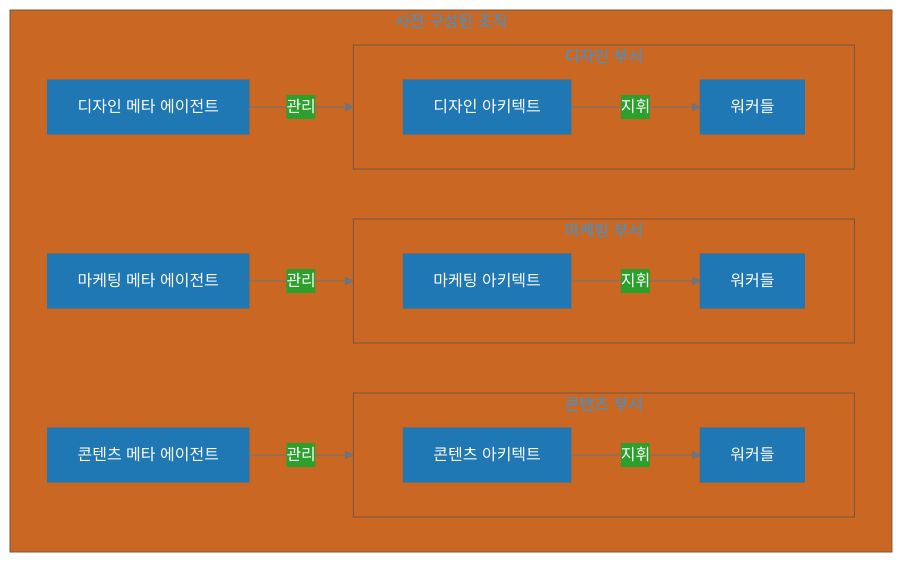
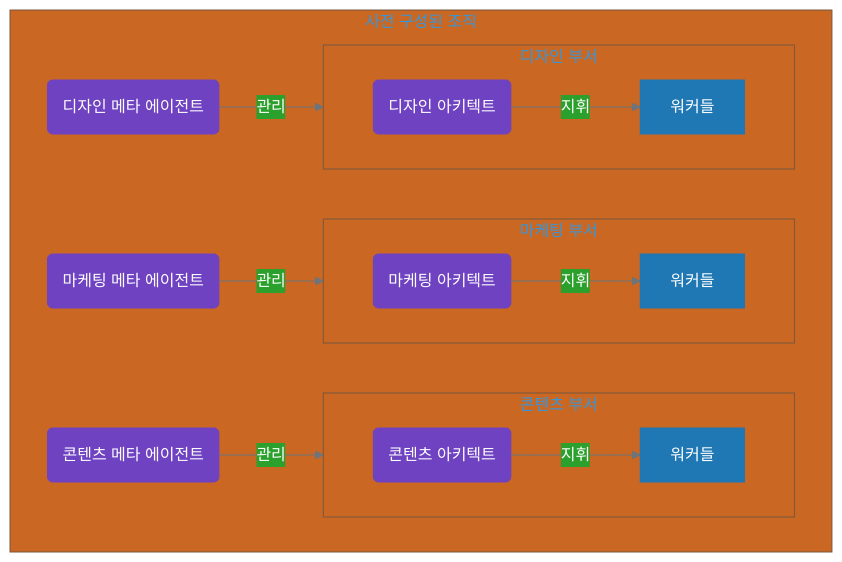
One commit to wooxist/ai-instructions changed the first of 2 diagrams in book/11-3-complex-organization.md. Above: the diagram before and after it, drawn with Mermaid. The commit also changed other lines of this file and 15 other files, not shown here.

````diff
--- a/book/11-3-complex-organization.md
+++ b/book/11-3-complex-organization.md
@@ -37,34 +37,43 @@
 ```mermaid
 %%{init: {
   'theme': 'base',
   'themeVariables': {
     'primaryColor': '#1f77b4',
     'primaryTextColor': '#ffffff',
     'primaryBorderColor': '#1f77b4',
     'lineColor': '#6c757d',
     'background': 'transparent',
     'edgeLabelBackground': '#2ca02c'
   }
 }}%%
 graph TD
     subgraph "사전 구성된 조직"
-        M1["마케팅 메타 에이전트"] -- "관리" --> Marketing_Team
-        M2["콘텐츠 메타 에이전트"] -- "관리" --> Content_Team
-        M3["디자인 메타 에이전트"] -- "관리" --> Design_Team
+        M1("마케팅 메타 에이전트") -- "관리" --> Marketing_Team
+        M2("콘텐츠 메타 에이전트") -- "관리" --> Content_Team
+        M3("디자인 메타 에이전트") -- "관리" --> Design_Team
 
         subgraph Marketing_Team [마케팅 부서]
             direction LR
-            Marketing_A["마케팅 아키텍트"] -- "지휘" --> Marketing_W["워커들"]
+            Marketing_A("마케팅 아키텍트") -- "지휘" --> Marketing_W["워커들"]
         end
 
         subgraph Content_Team [콘텐츠 부서]
             direction LR
-            Content_A["콘텐츠 아키텍트"] -- "지휘" --> Content_W["워커들"]
+            Content_A("콘텐츠 아키텍트") -- "지휘" --> Content_W["워커들"]
         end
 
         subgraph Design_Team [디자인 부서]
             direction LR
-            Design_A["디자인 아키텍트"] -- "지휘" --> Design_W["워커들"]
+            Design_A("디자인 아키텍트") -- "지휘" --> Design_W["워커들"]
         end
     end
+
+    %% 클래스 정의 및 적용 (WRITER 부록 A 기준)
+    classDef principle fill:#1f77b4,stroke:#1f77b4,color:#ffffff;
+    classDef decision fill:#ffffff,stroke:#495057,stroke-width:2px,color:#212529;
+    classDef agent fill:#6f42c1,stroke:#6f42c1,color:#ffffff;
+    classDef artifact fill:#17a2b8,stroke:#17a2b8,color:#ffffff;
+    classDef data fill:#2ca02c,stroke:#2ca02c,color:#ffffff;
+    classDef human fill:#e83e8c,stroke:#e83e8c,color:#ffffff;
+    class M1,M2,M3,Marketing_A,Content_A,Design_A agent;
 ```
````
